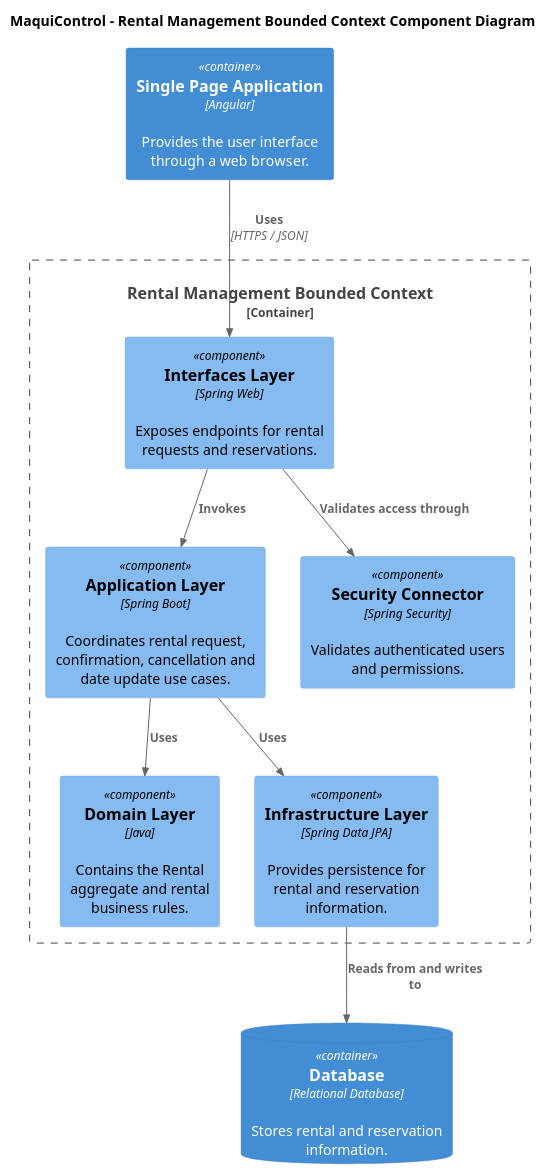
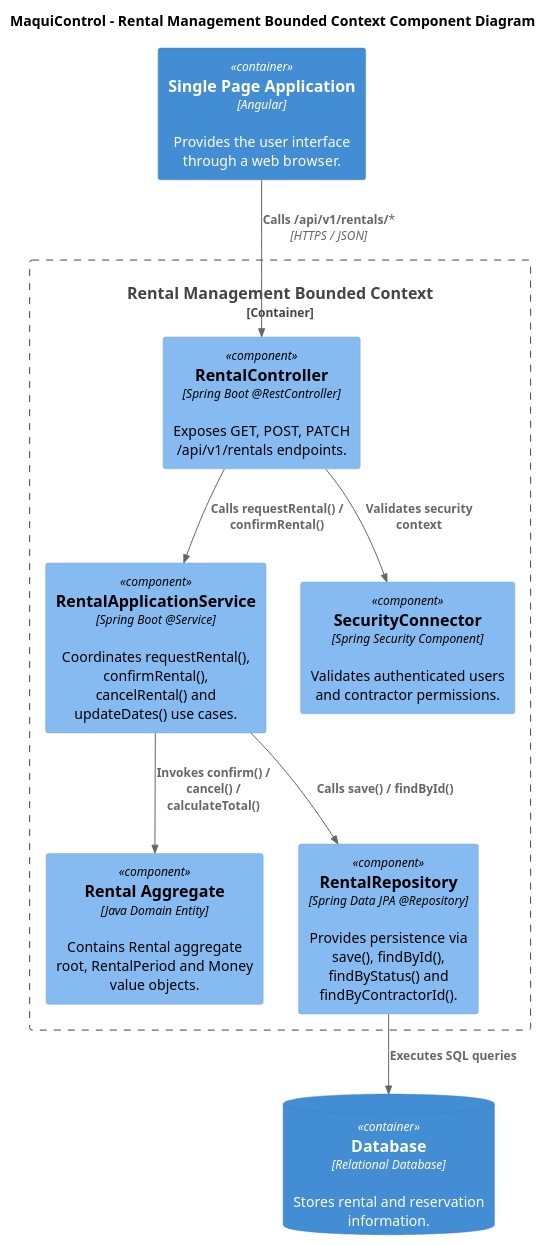
Before and after one commit to AndesHeavyTech/MaquiControl: the diagram in docs/architecture/components/rental-management-components.puml, drawn with PlantUML. The commit also changed 31 other files, not shown here.

Commit message:
docs(diagrams): update component descriptions and API endpoint details across multiple diagrams

```diff
--- a/docs/architecture/components/rental-management-components.puml
+++ b/docs/architecture/components/rental-management-components.puml
@@ -1,30 +1,30 @@
 @startuml
 !include <C4/C4_Component>
 
 title MaquiControl - Rental Management Bounded Context Component Diagram
 
 Container(webapp, "Single Page Application", "Angular", "Provides the user interface through a web browser.")
 
 Container_Boundary(rental, "Rental Management Bounded Context") {
 
-    Component(interfaces, "Interfaces Layer", "Spring Web", "Exposes endpoints for rental requests and reservations.")
+    Component(interfaces, "RentalController", "Spring Boot @RestController", "Exposes GET, POST, PATCH /api/v1/rentals endpoints.")
 
-    Component(application, "Application Layer", "Spring Boot", "Coordinates rental request, confirmation, cancellation and date update use cases.")
+    Component(application, "RentalApplicationService", "Spring Boot @Service", "Coordinates requestRental(), confirmRental(), cancelRental() and updateDates() use cases.")
 
-    Component(domain, "Domain Layer", "Java", "Contains the Rental aggregate and rental business rules.")
+    Component(domain, "Rental Aggregate", "Java Domain Entity", "Contains Rental aggregate root, RentalPeriod and Money value objects.")
 
-    Component(infrastructure, "Infrastructure Layer", "Spring Data JPA", "Provides persistence for rental and reservation information.")
+    Component(infrastructure, "RentalRepository", "Spring Data JPA @Repository", "Provides persistence via save(), findById(), findByStatus() and findByContractorId().")
 
-    Component(security, "Security Connector", "Spring Security", "Validates authenticated users and permissions.")
+    Component(security, "SecurityConnector", "Spring Security Component", "Validates authenticated users and contractor permissions.")
 }
 
 ContainerDb(database, "Database", "Relational Database", "Stores rental and reservation information.")
 
-Rel(webapp, interfaces, "Uses", "HTTPS / JSON")
-Rel(interfaces, application, "Invokes")
-Rel(application, domain, "Uses")
-Rel(application, infrastructure, "Uses")
-Rel(infrastructure, database, "Reads from and writes to")
-Rel(interfaces, security, "Validates access through")
+Rel(webapp, interfaces, "Calls /api/v1/rentals/*", "HTTPS / JSON")
+Rel(interfaces, application, "Calls requestRental() / confirmRental()")
+Rel(application, domain, "Invokes confirm() / cancel() / calculateTotal()")
+Rel(application, infrastructure, "Calls save() / findById()")
+Rel(infrastructure, database, "Executes SQL queries")
+Rel(interfaces, security, "Validates security context")
 
 @enduml
```
